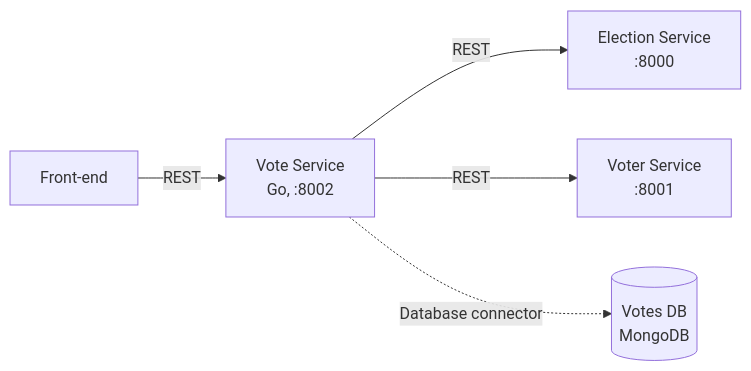
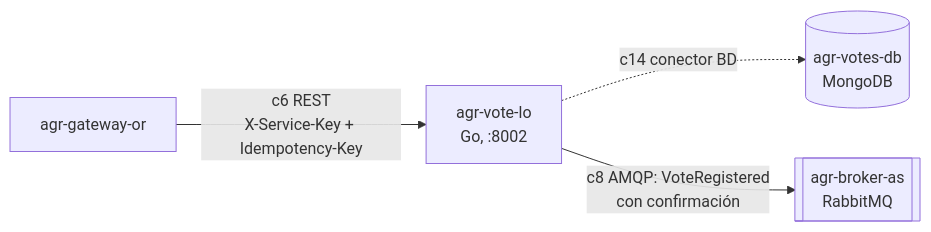
Before and after one commit to Cam152/ArquiSoft: the diagram in agr-vote-lo/README.md, drawn with Mermaid. The commit also changed other lines of this file and 48 other files, not shown here.

Commit message:
Add agr-broker-as with rabbitMQ along with agr-admin-fr as well as a agr-vote-lo refactor.

````diff
--- a/agr-vote-lo/README.md
+++ b/agr-vote-lo/README.md
@@ -9,7 +10,6 @@
 ```mermaid
 flowchart LR
-  FE["Front-end"] -- REST --> TS["Vote Service<br/>Go, :8002"]
-  TS -- REST --> ES["Election Service<br/>:8000"]
-  TS -- REST --> VS["Voter Service<br/>:8001"]
-  TS -. Database connector .-> TDB[("Votes DB<br/>MongoDB")]
+  GW["agr-gateway-or"] -- "c6 REST<br/>X-Service-Key + Idempotency-Key" --> VT["agr-vote-lo<br/>Go, :8002"]
+  VT -. "c14 conector BD" .-> DB[("agr-votes-db<br/>MongoDB")]
+  VT -- "c8 AMQP: VoteRegistered<br/>con confirmación" --> BR[["agr-broker-as<br/>RabbitMQ"]]
 ```
````
